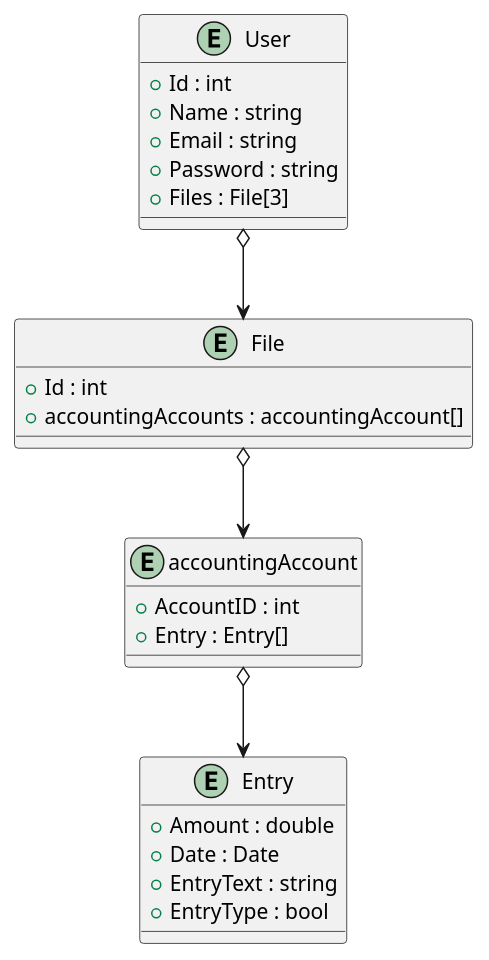
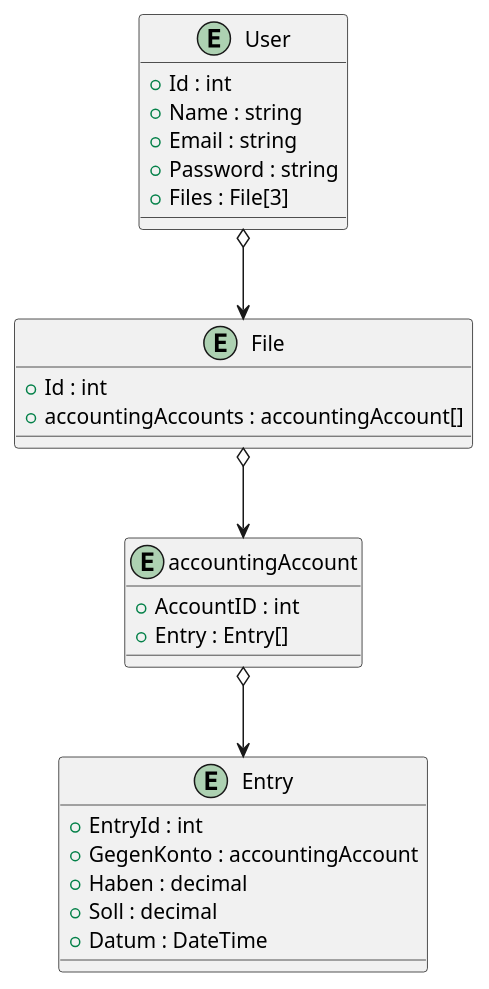
One commit to Machsiim/htldesk changed the diagram in htldesk/model.puml. Above: the diagram before and after it, drawn with PlantUML.

Commit message:
Model.puml überarbeitet

```diff
--- a/htldesk/model.puml
+++ b/htldesk/model.puml
@@ -1,35 +1,36 @@
 @startuml "Model"
 
 entity User {
 
     + Id : int
     + Name : string
     + Email : string
     + Password : string
     + Files : File[3]
 }
 
 entity File {
     + Id : int
     + accountingAccounts : accountingAccount[]
 }
 
 entity accountingAccount {
         + AccountID : int
         + Entry : Entry[]
 }
 
 entity Entry {
-    + Amount : double
-    + Date : Date
-    + EntryText : string
-    + EntryType : bool
+    + EntryId : int
+    + GegenKonto : accountingAccount
+    + Haben : decimal
+    + Soll : decimal
+    + Datum : DateTime
 }
 
 User o--> File 
 
 File o--> accountingAccount 
 
 accountingAccount o--> Entry 
 
 @enduml
```
